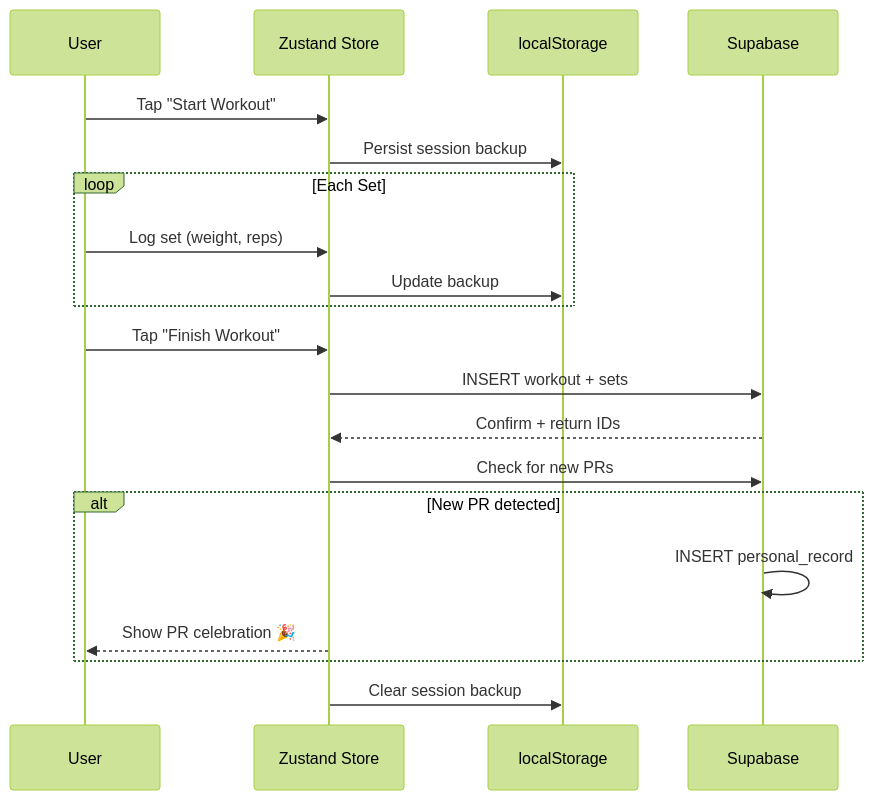
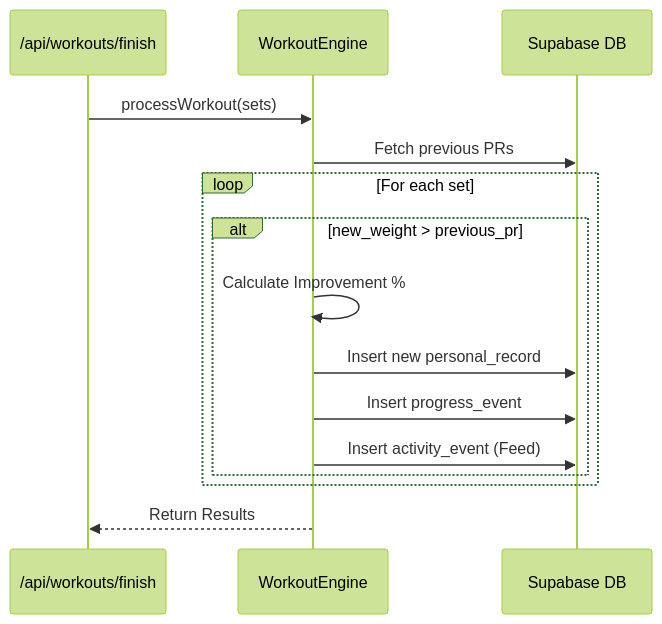
Before and after one commit to mr-talukdar/helix-client: the fourth of 4 diagrams in docs/system_design.md, drawn with Mermaid (forest theme). The commit also changed other lines of this file and 179 other files, not shown here.

````diff
--- a/docs/system_design.md
+++ b/docs/system_design.md
@@ -247,23 +170,20 @@
 ```mermaid
 sequenceDiagram
-    participant U as User
-    participant Z as Zustand Store
-    participant LS as localStorage
-    participant SB as Supabase
+    participant API as /api/workouts/finish
+    participant Eng as WorkoutEngine
+    participant DB as Supabase DB
 
-    U->>Z: Tap "Start Workout"
-    Z->>LS: Persist session backup
-    loop Each Set
-        U->>Z: Log set (weight, reps)
-        Z->>LS: Update backup
+    API->>Eng: processWorkout(sets)
+    Eng->>DB: Fetch previous PRs
+    
+    loop For each set
+        alt new_weight > previous_pr
+            Eng->>Eng: Calculate Improvement %
+            Eng->>DB: Insert new personal_record
+            Eng->>DB: Insert progress_event
+            Eng->>DB: Insert activity_event (Feed)
+        end
     end
-    U->>Z: Tap "Finish Workout"
-    Z->>SB: INSERT workout + sets
-    SB-->>Z: Confirm + return IDs
-    Z->>SB: Check for new PRs
-    alt New PR detected
-        SB->>SB: INSERT personal_record
-        Z-->>U: Show PR celebration 🎉
-    end
-    Z->>LS: Clear session backup
+    
+    Eng-->>API: Return Results
 ```
````
